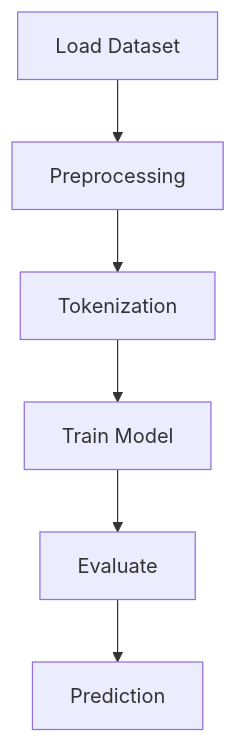
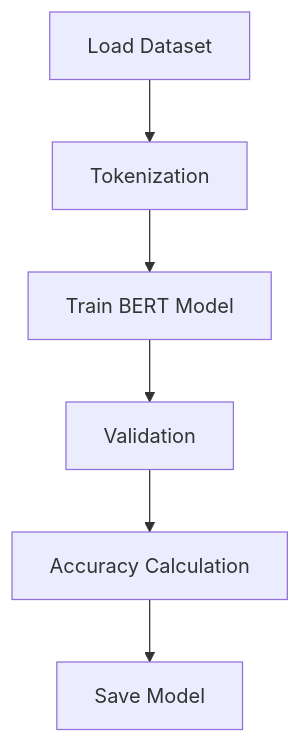
Before and after one commit to mzxcoolgirl/BERT-Based-Sentiment-Analysis-using-NLP: the fourth of 5 diagrams in README.md, drawn with Mermaid. The commit also changed other lines of this file, not shown here.

````diff
--- a/README.md
+++ b/README.md
@@ -43,8 +58,8 @@
 ```mermaid
 flowchart TD
-A[Load Dataset] --> B[Preprocessing]
-B --> C[Tokenization]
-C --> D[Train Model]
-D --> E[Evaluate]
-E --> F[Prediction]
+A[Load Dataset] --> B[Tokenization]
+B --> C[Train BERT Model]
+C --> D[Validation]
+D --> E[Accuracy Calculation]
+E --> F[Save Model]
 ```
````
